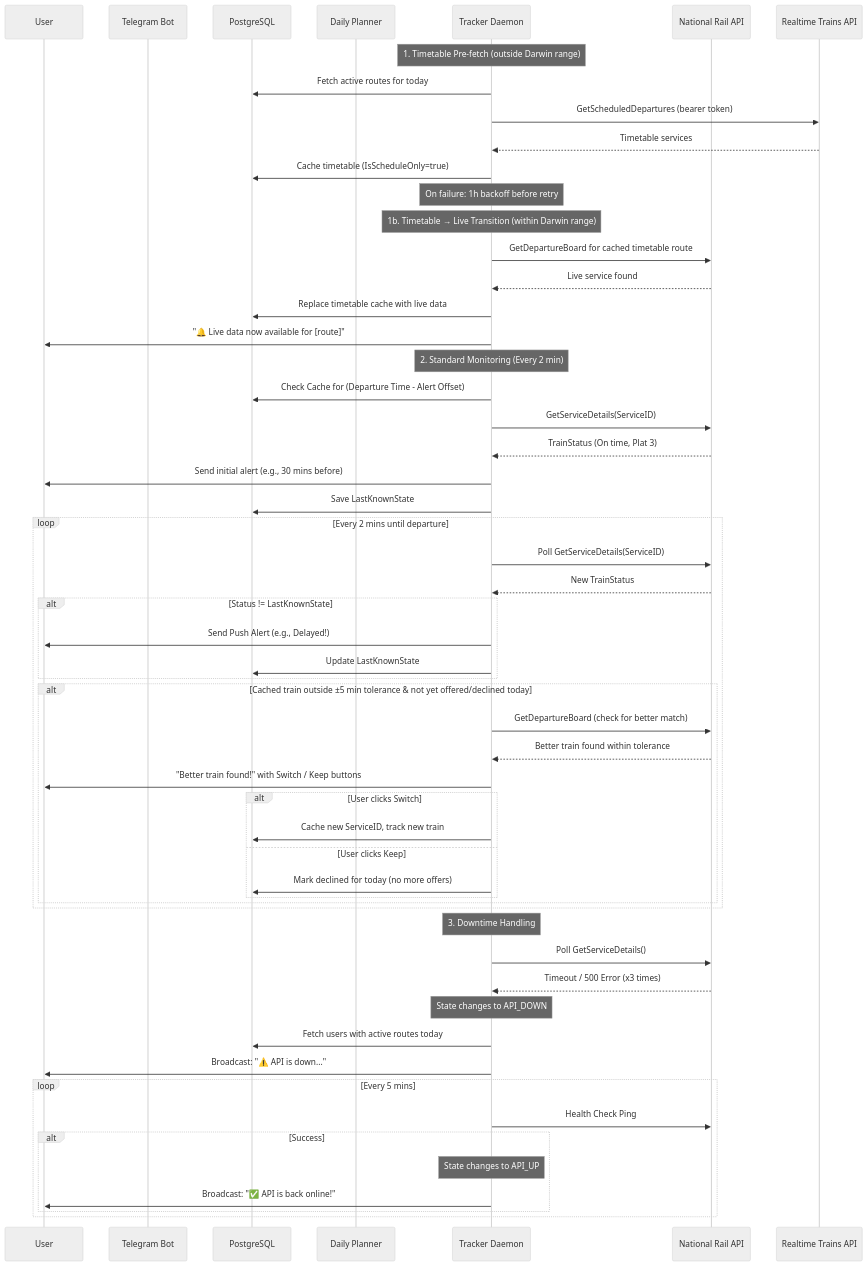
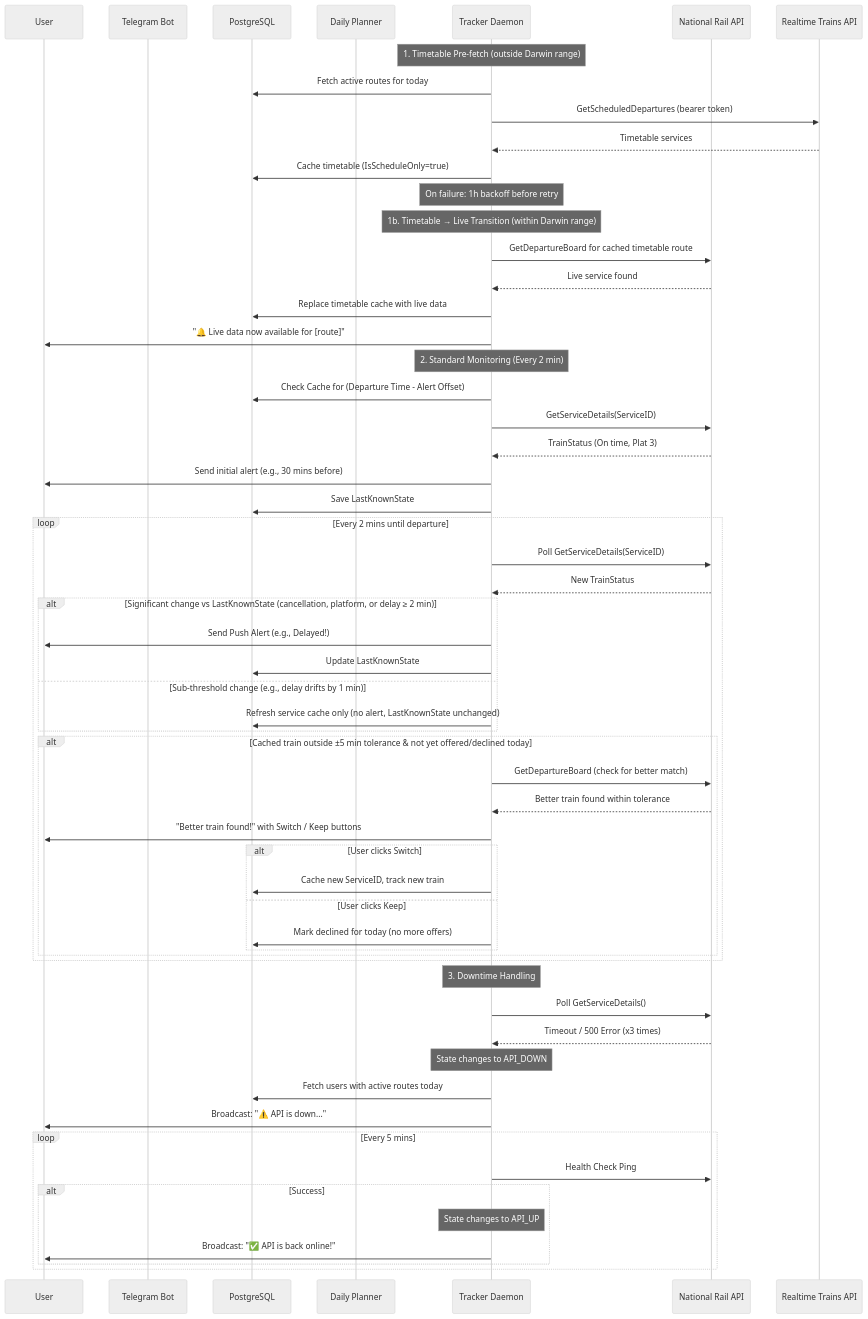
Before and after one commit to yurii-merker/commute-tracker: the diagram in docs/DFA.md, drawn with Mermaid (neutral theme). The commit also changed other lines of this file and 3 other files, not shown here.

````diff
--- a/docs/DFA.md
+++ b/docs/DFA.md
@@ -27,64 +27,66 @@
 ```mermaid
 sequenceDiagram
     participant User
     participant Bot as Telegram Bot
     participant DB as PostgreSQL
     participant Planner as Daily Planner
     participant Daemon as Tracker Daemon
     participant API as National Rail API
     participant RTT as Realtime Trains API
 
     Note over Daemon: 1. Timetable Pre-fetch (outside Darwin range)
     Daemon->>DB: Fetch active routes for today
     Daemon->>RTT: GetScheduledDepartures (bearer token)
     RTT-->>Daemon: Timetable services
     Daemon->>DB: Cache timetable (IsScheduleOnly=true)
     Note over Daemon: On failure: 1h backoff before retry
 
     Note over Daemon: 1b. Timetable → Live Transition (within Darwin range)
     Daemon->>API: GetDepartureBoard for cached timetable route
     API-->>Daemon: Live service found
     Daemon->>DB: Replace timetable cache with live data
     Daemon->>User: "🔔 Live data now available for [route]"
 
     Note over Daemon: 2. Standard Monitoring (Every 2 min)
     Daemon->>DB: Check Cache for (Departure Time - Alert Offset)
     Daemon->>API: GetServiceDetails(ServiceID)
     API-->>Daemon: TrainStatus (On time, Plat 3)
     Daemon->>User: Send initial alert (e.g., 30 mins before)
     Daemon->>DB: Save LastKnownState
 
     loop Every 2 mins until departure
         Daemon->>API: Poll GetServiceDetails(ServiceID)
         API-->>Daemon: New TrainStatus
-        alt Status != LastKnownState
+        alt Significant change vs LastKnownState (cancellation, platform, or delay ≥ 2 min)
             Daemon->>User: Send Push Alert (e.g., Delayed!)
             Daemon->>DB: Update LastKnownState
+        else Sub-threshold change (e.g., delay drifts by 1 min)
+            Daemon->>DB: Refresh service cache only (no alert, LastKnownState unchanged)
         end
         alt Cached train outside ±5 min tolerance & not yet offered/declined today
             Daemon->>API: GetDepartureBoard (check for better match)
             API-->>Daemon: Better train found within tolerance
             Daemon->>User: "Better train found!" with Switch / Keep buttons
             alt User clicks Switch
                 Daemon->>DB: Cache new ServiceID, track new train
             else User clicks Keep
                 Daemon->>DB: Mark declined for today (no more offers)
             end
         end
     end
 
     Note over Daemon: 3. Downtime Handling
     Daemon->>API: Poll GetServiceDetails()
     API-->>Daemon: Timeout / 500 Error (x3 times)
     Note over Daemon: State changes to API_DOWN
     Daemon->>DB: Fetch users with active routes today
     Daemon->>User: Broadcast: "⚠️ API is down..."
 
     loop Every 5 mins
         Daemon->>API: Health Check Ping
         alt Success
             Note over Daemon: State changes to API_UP
             Daemon->>User: Broadcast: "✅ API is back online!"
         end
     end
 ```
````
